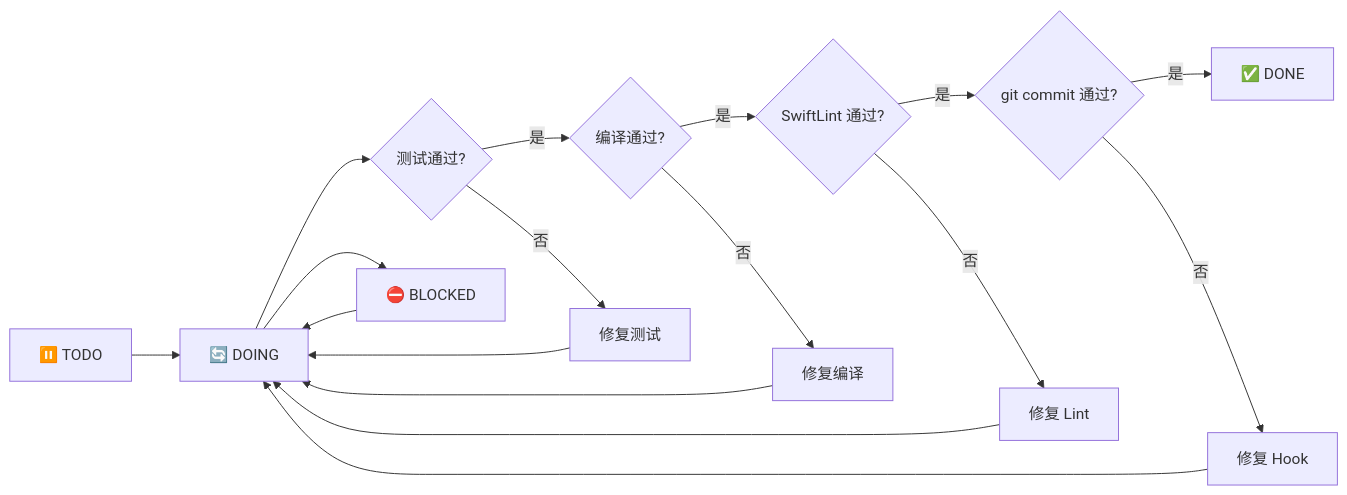
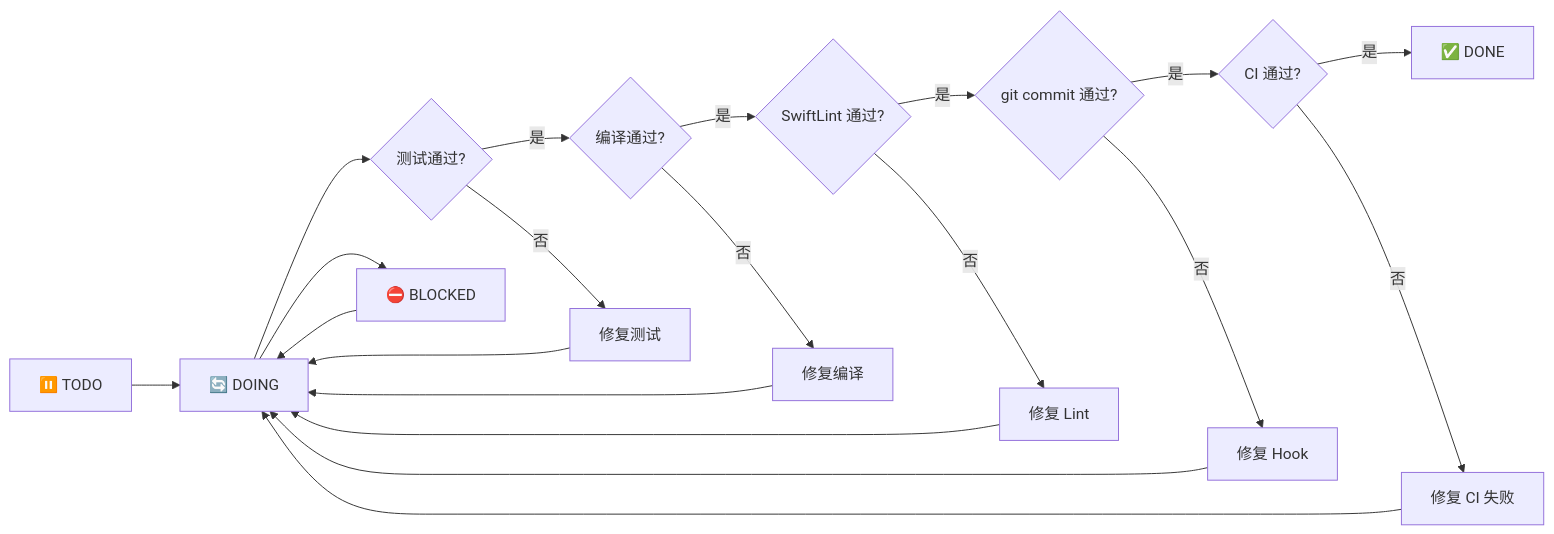
One commit to marcocpt/ClipMind changed the third of 3 diagrams in docs/planning/P0/F1/F1_ClipMind_实施计划.md. Above: the diagram before and after it, drawn with Mermaid. The commit also changed other lines of this file and 1 other file, not shown here.

````diff
--- a/docs/planning/P0/F1/F1_ClipMind_实施计划.md
+++ b/docs/planning/P0/F1/F1_ClipMind_实施计划.md
@@ -1383,19 +1414,22 @@
 ```mermaid
 flowchart LR
     A[⏸️ TODO] --> B[🔄 DOING]
     B --> C{测试通过?}
     C -- 是 --> D{编译通过?}
     C -- 否 --> E[修复测试]
     E --> B
     D -- 是 --> F{SwiftLint 通过?}
     D -- 否 --> G[修复编译]
     G --> B
     F -- 是 --> H{git commit 通过?}
     F -- 否 --> I[修复 Lint]
     I --> B
-    H -- 是 --> J[✅ DONE]
+    H -- 是 --> M{CI 通过?}
     H -- 否 --> K[修复 Hook]
     K --> B
+    M -- 是 --> J[✅ DONE]
+    M -- 否 --> N[修复 CI 失败]
+    N --> B
     B --> L[⛔ BLOCKED]
     L --> B
 ```
````
